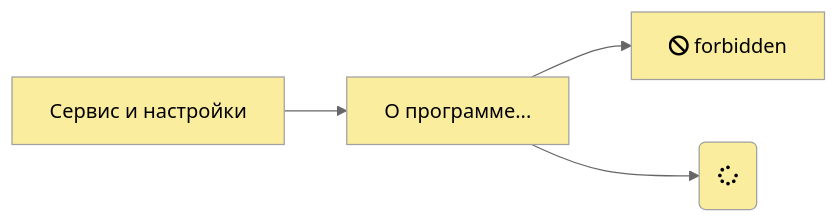
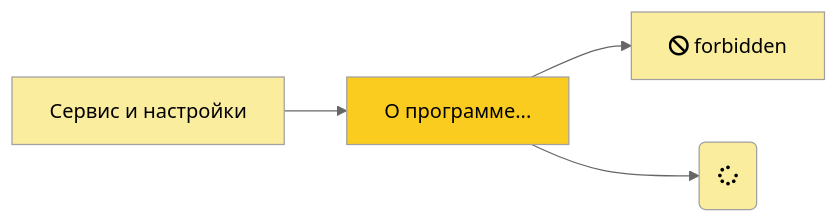
One commit to lugovoe/manual changed the first of 5 diagrams in faq/crash/mermaid.md. Above: the diagram before and after it, drawn with Mermaid (neutral theme).

````diff
--- a/faq/crash/mermaid.md
+++ b/faq/crash/mermaid.md
@@ -3,7 +3,8 @@
 ```mermaid
 graph LR
-    A[Сервис и настройки] --> B[О программе...];
+    A[Сервис и настройки] --> B[О программе...]:::someclass;
     B --> C[fa:fa-ban forbidden];
     B --> D(fa:fa-spinner);
     classDef default fill:#fbed9e,stroke:#a0a0a0,stroke-width:1px;
+    classDef someclass fill:#facc1f;
 ```
````
